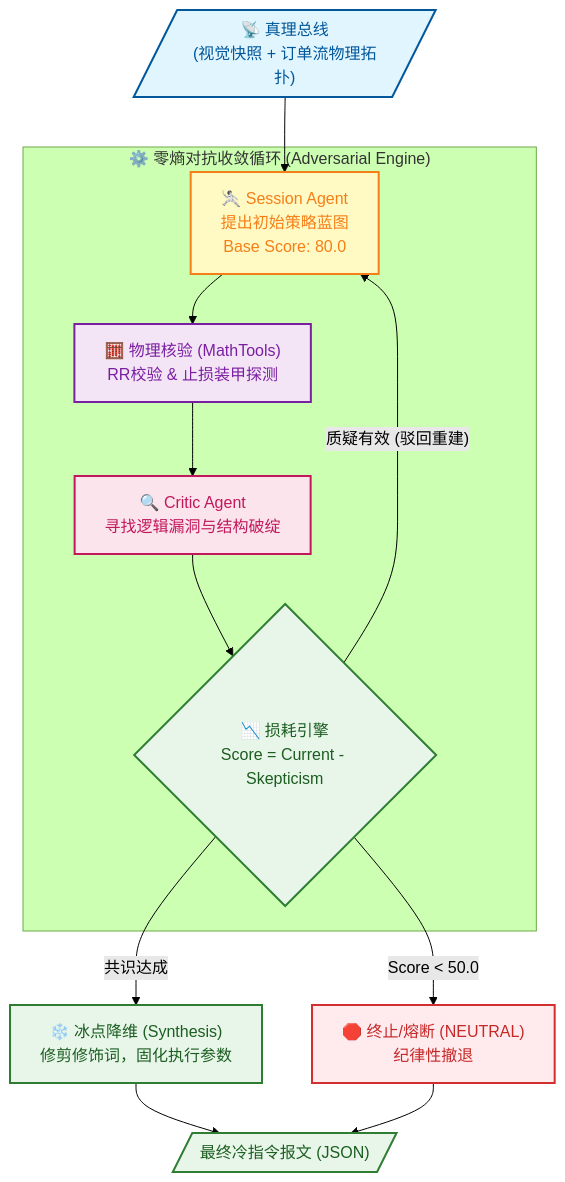
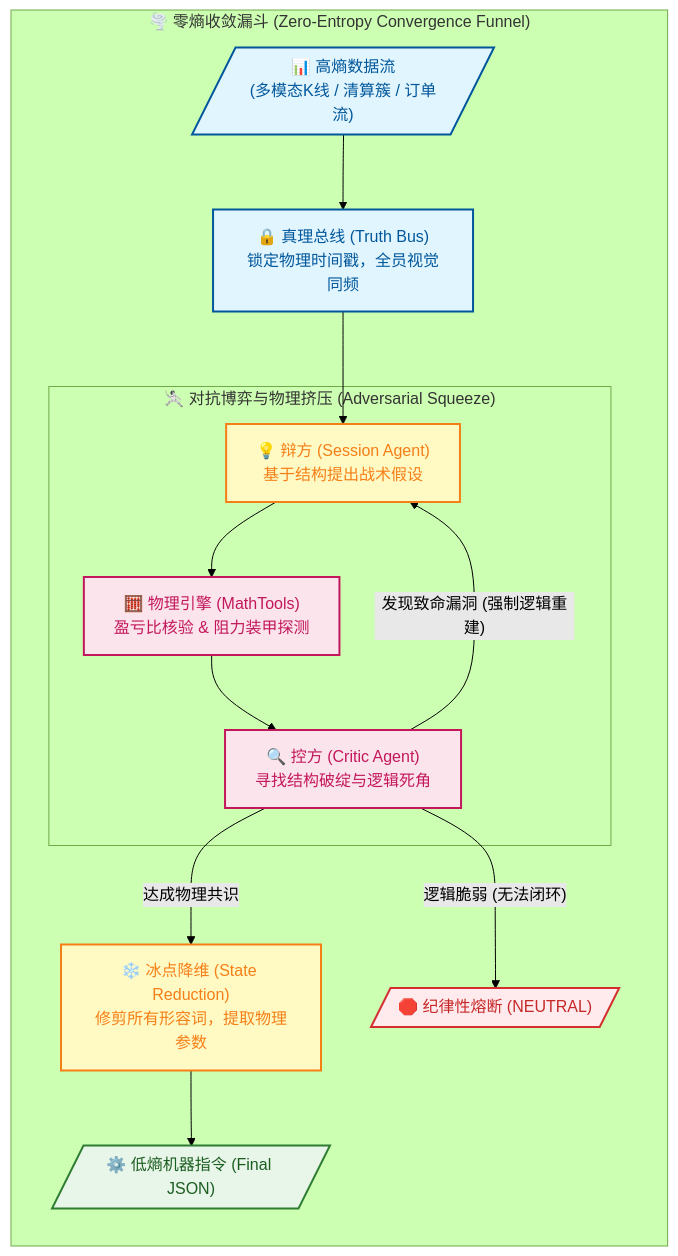
Before and after one commit to jiangyang5157/binary-star: the diagram in README.md, drawn with Mermaid (forest theme). The commit also changed other lines of this file, not shown here.

````diff
--- a/README.md
+++ b/README.md
@@ -26,32 +32,36 @@
 ```mermaid
 graph TD
-    classDef physics fill:#e1f5fe,stroke:#01579b,stroke-width:2px,color:#01579b
-    classDef analyst fill:#fff9c4,stroke:#f57f17,stroke-width:2px,color:#f57f17
-    classDef critic fill:#fce4ec,stroke:#c2185b,stroke-width:2px,color:#c2185b
-    classDef math fill:#f3e5f5,stroke:#7b1fa2,stroke-width:2px,color:#7b1fa2
+    classDef input fill:#e1f5fe,stroke:#01579b,stroke-width:2px,color:#01579b
+    classDef process fill:#fff9c4,stroke:#f57f17,stroke-width:2px,color:#f57f17
+    classDef strict fill:#fce4ec,stroke:#c2185b,stroke-width:2px,color:#c2185b
     classDef exec fill:#e8f5e9,stroke:#2e7d32,stroke-width:2px,color:#1b5e20
     classDef halt fill:#ffebee,stroke:#d32f2f,stroke-width:2px,color:#c62828
 
-    TruthBus[/"📡 真理总线<br>(视觉快照 + 订单流物理拓扑)"/]:::physics
-    
-    subgraph Convergence_Engine ["⚙️ 零熵对抗收敛循环 (Adversarial Engine)"]
-        Thesis["🤺 Session Agent<br/>提出初始策略蓝图<br/>Base Score: 80.0"]:::analyst
-        Math["🧮 物理核验 (MathTools)<br/>RR校验 & 止损装甲探测"]:::math
-        AntiThesis["🔍 Critic Agent<br/>寻找逻辑漏洞与结构破绽"]:::critic
-        Decay{"📉 损耗引擎<br/>Score = Current - Skepticism"}:::exec
+    subgraph 熵减漏斗 ["🌪️ 零熵收敛漏斗 (Zero-Entropy Convergence Funnel)"]
+        direction TB
         
-        Thesis --> Math --> AntiThesis --> Decay
-        Decay -- "质疑有效 (驳回重建)" --> Thesis
+        %% 阶段 1: 事实锚定
+        Inputs[/"📊 高熵数据流<br>(多模态K线 / 清算簇 / 订单流)"/]:::input
+        TruthBus["🔒 真理总线 (Truth Bus)<br>锁定物理时间戳，全员视觉同频"]:::input
+        
+        %% 阶段 2: 逻辑挤压
+        subgraph 博弈循环 ["🤺 对抗博弈与物理挤压 (Adversarial Squeeze)"]
+            Thesis["💡 辩方 (Session Agent)<br>基于结构提出战术假设"]:::process
+            Physics["🧮 物理引擎 (MathTools)<br>盈亏比核验 & 阻力装甲探测"]:::strict
+            Critic["🔍 控方 (Critic Agent)<br>寻找结构破绽与逻辑死角"]:::strict
+            
+            Thesis --> Physics --> Critic
+            Critic -- "发现致命漏洞 (强制逻辑重建)" --> Thesis
+        end
+        
+        %% 阶段 3: 降维提纯
+        Synthesis["❄️ 冰点降维 (State Reduction)<br>修剪所有形容词，提取物理参数"]:::process
+        Output[/"⚙️ 低熵机器指令 (Final JSON)"/]:::exec
+        Halt[/"🛑 纪律性熔断 (NEUTRAL)"/]:::halt
+        
+        Inputs --> TruthBus --> Thesis
+        Critic -- "达成物理共识" --> Synthesis
+        Critic -- "逻辑脆弱 (无法闭环)" --> Halt
+        Synthesis --> Output
     end
-    
-    TruthBus --> Thesis
-    
-    Synthesize["❄️ 冰点降维 (Synthesis)<br/>修剪修饰词，固化执行参数"]:::exec
-    Halt["🛑 终止/熔断 (NEUTRAL)<br/>纪律性撤退"]:::halt
-    Output[/"最终冷指令报文 (JSON)"/]:::exec
-    
-    Decay -- "共识达成" --> Synthesize
-    Decay -- "Score < 50.0" --> Halt
-    Synthesize --> Output
-    Halt --> Output
 ```
````
